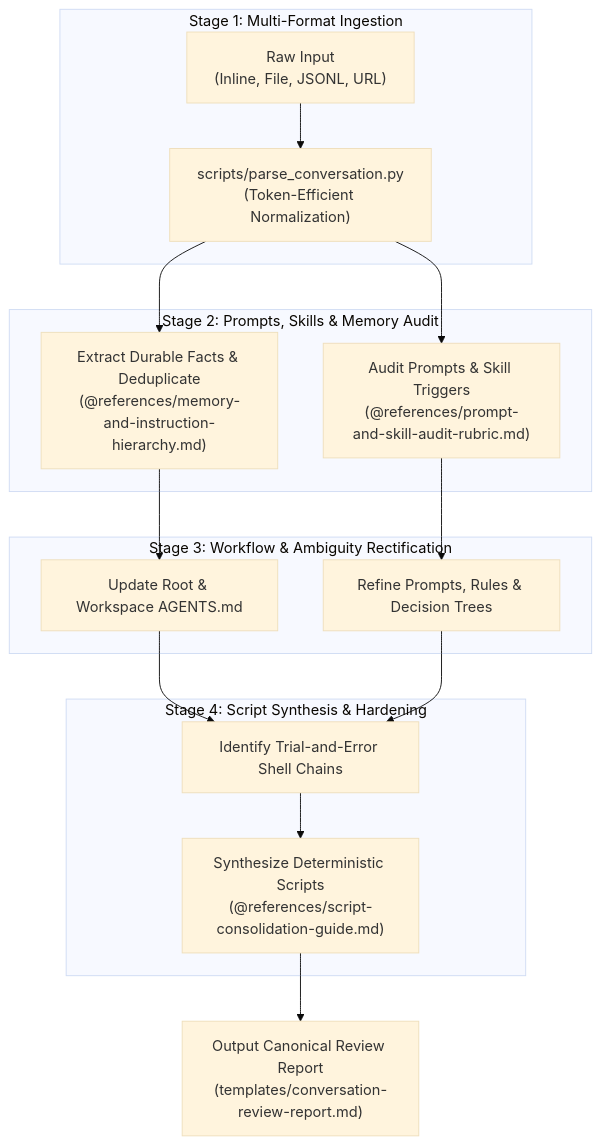
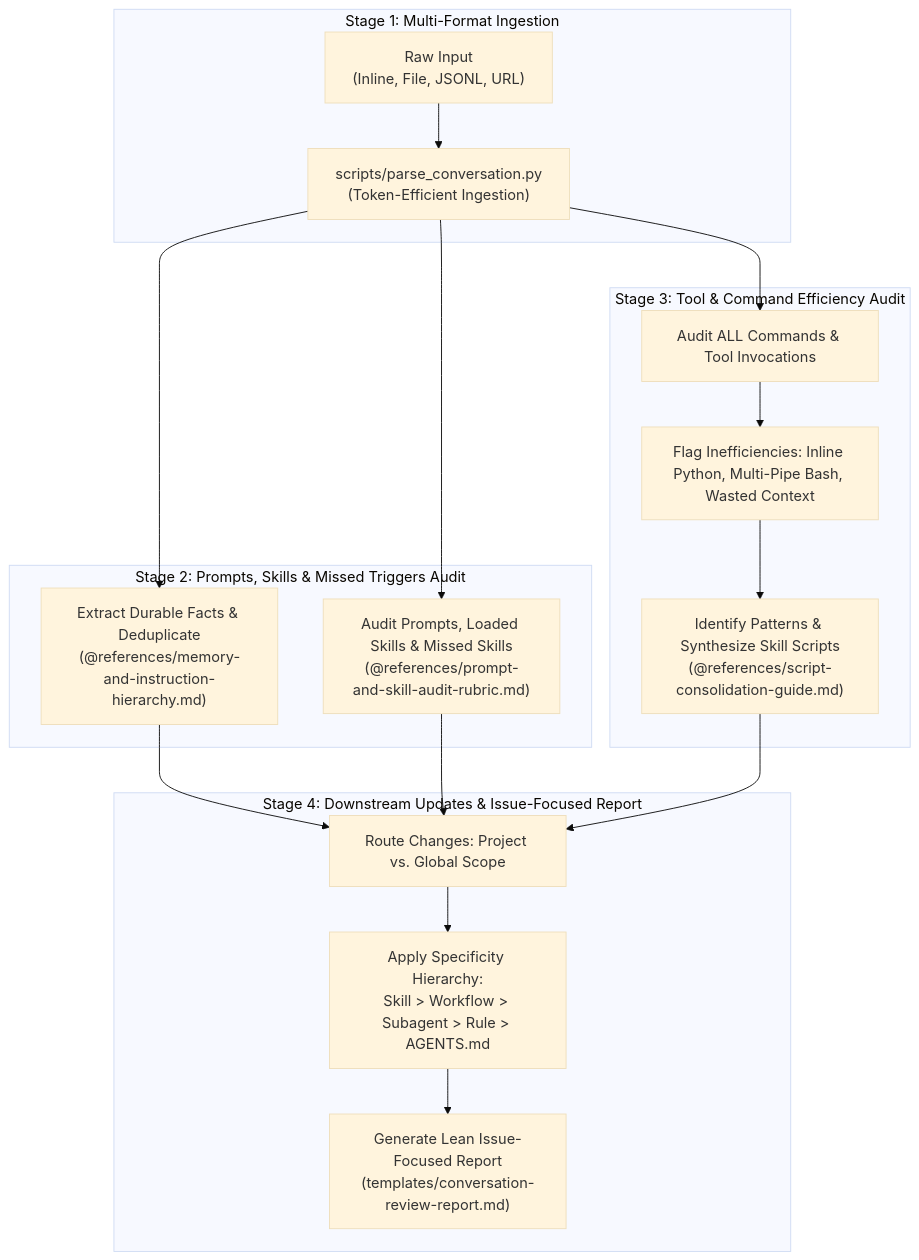
One commit to warpcode/dotfiles changed the diagram in .github/skills/ai-conversation-review/SKILL.md. Above: the diagram before and after it, drawn with Mermaid (base theme). The commit also changed other lines of this file and 3 other files, not shown here.

Commit message:
feat(ai-conversation-review): enhance skill documentation and reporting templates for improved clarity and efficiency

````diff
--- a/.github/skills/ai-conversation-review/SKILL.md
+++ b/.github/skills/ai-conversation-review/SKILL.md
@@ -28,24 +29,25 @@
 ```mermaid
 flowchart TD
     subgraph Ingestion["Stage 1: Multi-Format Ingestion"]
-        A["Raw Input<br/>(Inline, File, JSONL, URL)"] --> B["scripts/parse_conversation.py<br/>(Token-Efficient Normalization)"]
+        A["Raw Input<br/>(Inline, File, JSONL, URL)"] --> B["scripts/parse_conversation.py<br/>(Token-Efficient Ingestion)"]
     end
 
-    subgraph Audit["Stage 2: Prompts, Skills & Memory Audit"]
+    subgraph Audit["Stage 2: Prompts, Skills & Missed Triggers Audit"]
         B --> C["Extract Durable Facts & Deduplicate<br/>(@references/memory-and-instruction-hierarchy.md)"]
-        B --> D["Audit Prompts & Skill Triggers<br/>(@references/prompt-and-skill-audit-rubric.md)"]
+        B --> D["Audit Prompts, Loaded Skills & Missed Skills<br/>(@references/prompt-and-skill-audit-rubric.md)"]
     end
 
-    subgraph Rectification["Stage 3: Workflow & Ambiguity Rectification"]
-        C --> E["Update Root & Workspace AGENTS.md"]
-        D --> F["Refine Prompts, Rules & Decision Trees"]
+    subgraph Commands["Stage 3: Tool & Command Efficiency Audit"]
+        B --> E["Audit ALL Commands & Tool Invocations"]
+        E --> F["Flag Inefficiencies: Inline Python, Multi-Pipe Bash, Wasted Context"]
+        F --> G["Identify Patterns & Synthesize Skill Scripts<br/>(@references/script-consolidation-guide.md)"]
     end
 
-    subgraph Consolidation["Stage 4: Script Synthesis & Hardening"]
-        E --> G["Identify Trial-and-Error Shell Chains"]
-        F --> G
-        G --> H["Synthesize Deterministic Scripts<br/>(@references/script-consolidation-guide.md)"]
+    subgraph Routing["Stage 4: Downstream Updates & Issue-Focused Report"]
+        C --> H["Route Changes: Project vs. Global Scope"]
+        D --> H
+        G --> H
+        H --> I["Apply Specificity Hierarchy:<br/>Skill > Workflow > Subagent > Rule > AGENTS.md"]
+        I --> Out["Generate Lean Issue-Focused Report<br/>(templates/conversation-review-report.md)"]
     end
-
-    H --> Out["Output Canonical Review Report<br/>(templates/conversation-review-report.md)"]
 ```
````
